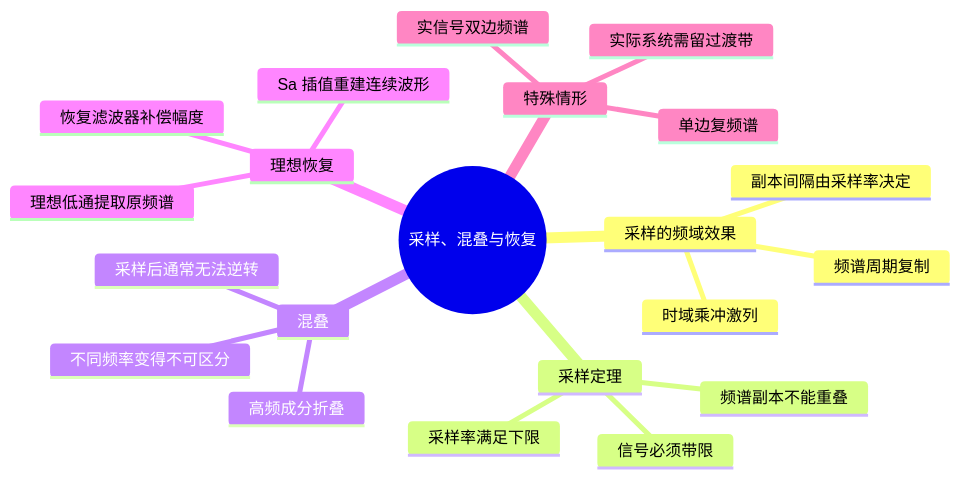
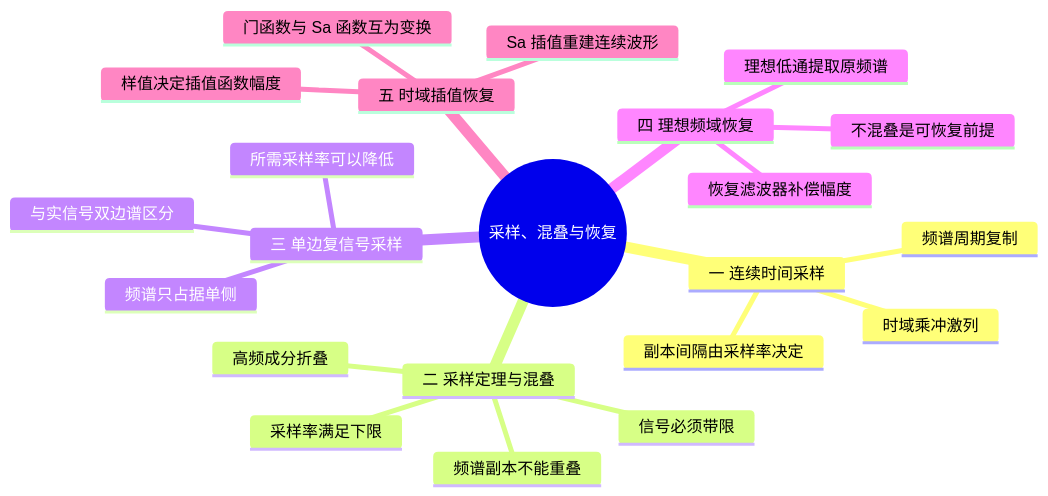
The diagram in 学习/学校课程/数字信号处理（3学分）/05 第5课 采样、混叠与理想恢复.md (3280441136-lab/My_Obsidian_Notes), drawn with Mermaid before and after one commit. The commit also changed 11 other files, not shown here.

````diff
--- a/学习/学校课程/数字信号处理（3学分）/05 第5课 采样、混叠与理想恢复.md
+++ b/学习/学校课程/数字信号处理（3学分）/05 第5课 采样、混叠与理想恢复.md
@@ -5,24 +5,25 @@
 ```mermaid
 mindmap
   root((采样、混叠与恢复))
-    采样的频域效果
+    一 连续时间采样
       时域乘冲激列
       频谱周期复制
       副本间隔由采样率决定
-    采样定理
+    二 采样定理与混叠
       信号必须带限
       采样率满足下限
       频谱副本不能重叠
-    混叠
       高频成分折叠
-      不同频率变得不可区分
-      采样后通常无法逆转
-    理想恢复
+    三 单边复信号采样
+      频谱只占据单侧
+      所需采样率可以降低
+      与实信号双边谱区分
+    四 理想频域恢复
       理想低通提取原频谱
       恢复滤波器补偿幅度
+      不混叠是可恢复前提
+    五 时域插值恢复
+      门函数与 Sa 函数互为变换
+      样值决定插值函数幅度
       Sa 插值重建连续波形
-    特殊情形
-      实信号双边频谱
-      单边复频谱
-      实际系统需留过渡带
 ```
````
